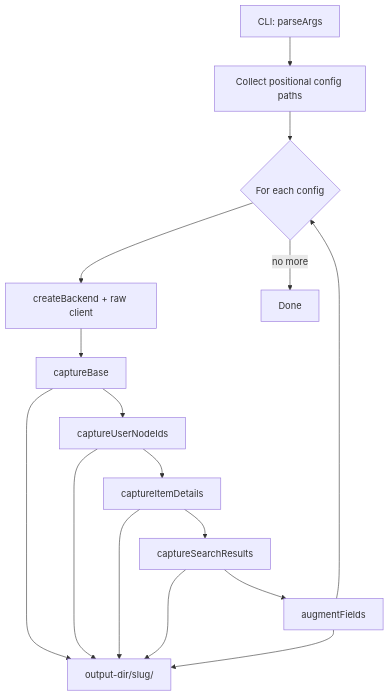
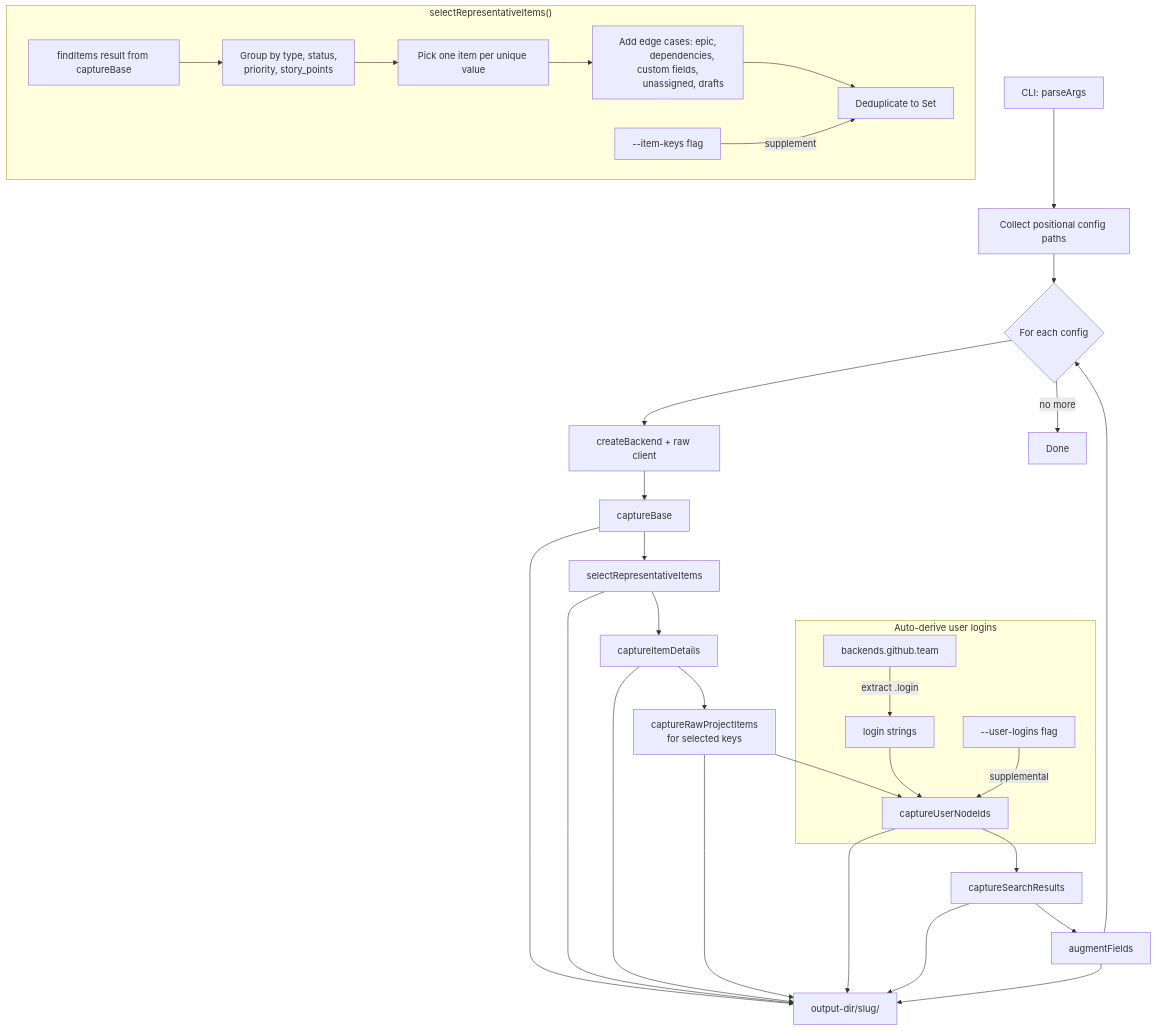
One commit to hoonsubin/github-projects-mcp-server changed the first of 2 diagrams in tasks/FIXTURE_CAPTURE_REFACTORING.md. Above: the diagram before and after it, drawn with Mermaid. The commit also changed other lines of this file and 114 other files, not shown here.

````diff
--- a/tasks/FIXTURE_CAPTURE_REFACTORING.md
+++ b/tasks/FIXTURE_CAPTURE_REFACTORING.md
@@ -93,19 +125,44 @@
 ```mermaid
 flowchart TD
     CLI[CLI: parseArgs] --> CONFIGS[Collect positional config paths]
     CONFIGS --> LOOP{For each config}
     LOOP --> FACTORY[createBackend + raw client]
     FACTORY --> BASE[captureBase]
-    BASE --> USERS[captureUserNodeIds]
-    USERS --> ITEMS[captureItemDetails]
-    ITEMS --> SEARCH[captureSearchResults]
+    BASE --> SELECT[selectRepresentativeItems]
+    
+    subgraph SelectLogic["selectRepresentativeItems()"]
+        FIND[findItems result from captureBase] --> GROUP[Group by type, status,
+            priority, story_points]
+        GROUP --> PICK[Pick one item per unique value]
+        PICK --> EDGE[Add edge cases: epic,
+            dependencies, custom fields,
+            unassigned, drafts]
+        EDGE --> DEDUP[Deduplicate to Set<number>]
+        CLI_KEYS[--item-keys flag]
+        CLI_KEYS --> |supplement| DEDUP
+    end
+    
+    SELECT --> ITEMS[captureItemDetails]
+    ITEMS --> RAW[captureRawProjectItems<br/>for selected keys]
+    RAW --> USERS[captureUserNodeIds]
+    
+    subgraph AutoDerive["Auto-derive user logins"]
+        CONFIG[backends.github.team] --> |extract .login| LOGINS[login strings]
+        LOGINS --> USERS
+        CLI_USERS[--user-logins flag]
+        CLI_USERS --> |supplemental| USERS
+    end
+    
+    USERS --> SEARCH[captureSearchResults]
     SEARCH --> AUGMENT[augmentFields]
     AUGMENT --> LOOP
     LOOP -->|no more| DONE[Done]
     
     BASE --> OUT[output-dir/slug/]
+    SELECT --> OUT
+    ITEMS --> OUT
+    RAW --> OUT
     USERS --> OUT
-    ITEMS --> OUT
     SEARCH --> OUT
     AUGMENT --> OUT
 ```
````
